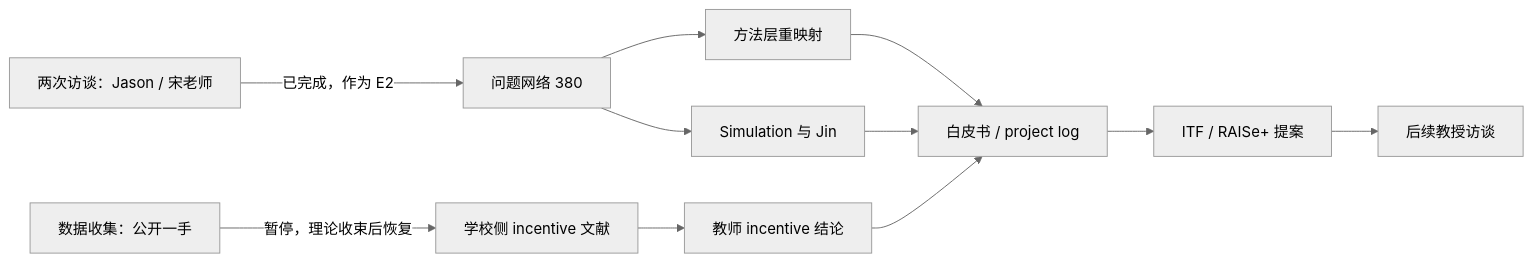
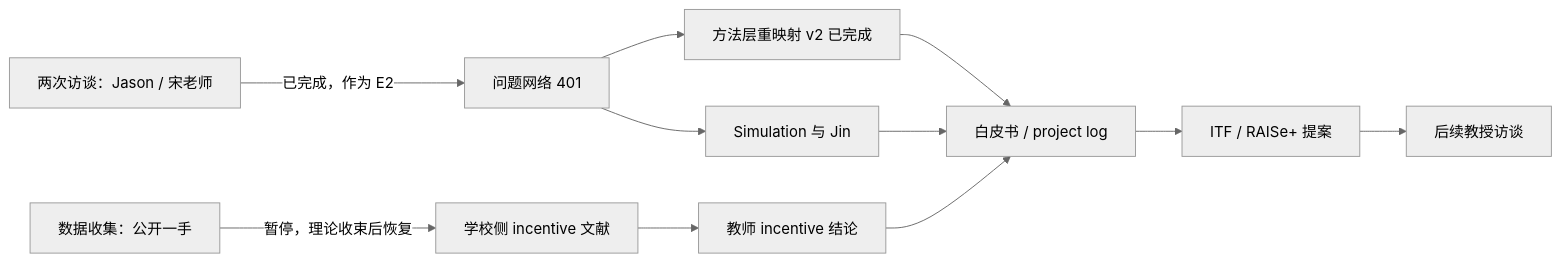
Before and after one commit to Ferrari-Serena/crf-project-log: the diagram in CRF_Manifesto_科研白皮书.md, drawn with Mermaid (neutral theme). The commit also changed other lines of this file and 1 other file, not shown here.

````diff
--- a/CRF_Manifesto_科研白皮书.md
+++ b/CRF_Manifesto_科研白皮书.md
@@ -332,13 +335,13 @@
 ```mermaid
 flowchart LR
   A[数据收集：公开一手] -->|暂停，理论收束后恢复| B[学校侧 incentive 文献]
-  C[两次访谈：Jason / 宋老师] -->|已完成，作为 E2| D[问题网络 380]
-  D --> E[方法层重映射]
+  C[两次访谈：Jason / 宋老师] -->|已完成，作为 E2| D[问题网络 401]
+  D --> E[方法层重映射 v2 已完成]
   D --> F[Simulation 与 Jin]
   B --> G[教师 incentive 结论]
   E --> H[白皮书 / project log]
   F --> H
   G --> H
   H --> I[ITF / RAISe+ 提案]
   I --> J[后续教授访谈]
 ```
````
